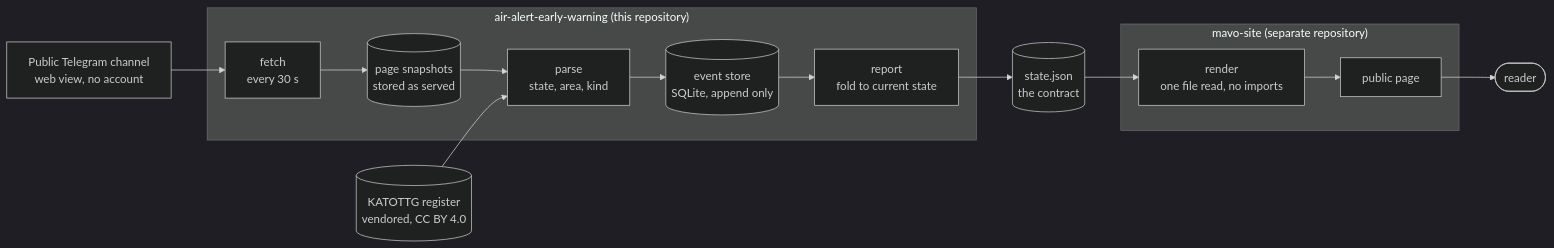
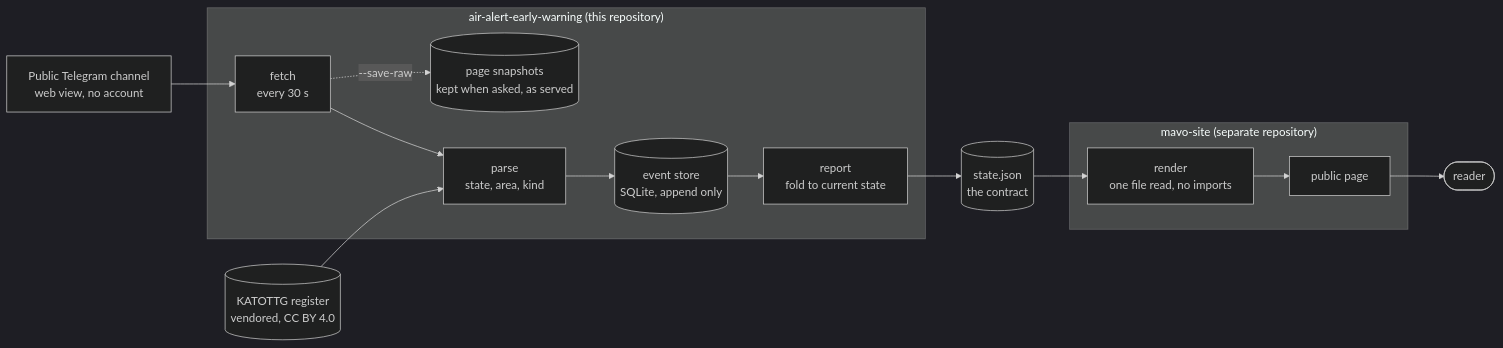
One commit to jerzy99jerzy/air-alert-early-warning changed the diagram in README.md. Above: the diagram before and after it, drawn with Mermaid (dark theme). The commit also changed other lines of this file and 9 other files, not shown here.

````diff
--- a/README.md
+++ b/README.md
@@ -198,33 +198,33 @@
 ```mermaid
 flowchart LR
     CH["Public Telegram channel<br/>web view, no account"]
     KAT[("KATOTTG register<br/>vendored, CC BY 4.0")]
 
     subgraph PROD["air-alert-early-warning (this repository)"]
         FETCH["fetch<br/>every 30 s"]
-        SNAP[("page snapshots<br/>stored as served")]
+        SNAP[("page snapshots<br/>kept when asked, as served")]
         PARSE["parse<br/>state, area, kind"]
         STORE[("event store<br/>SQLite, append only")]
         REPORT["report<br/>fold to current state"]
     end
 
     STATE[("state.json<br/>the contract")]
 
     subgraph SITE["mavo-site (separate repository)"]
         SERVE["render<br/>one file read, no imports"]
         PAGE["public page"]
     end
 
     READER(["reader"])
 
     CH --> FETCH
-    FETCH --> SNAP
-    SNAP --> PARSE
+    FETCH -.->|"--save-raw"| SNAP
+    FETCH --> PARSE
     KAT --> PARSE
     PARSE --> STORE
     STORE --> REPORT
     REPORT --> STATE
     STATE --> SERVE
     SERVE --> PAGE
     PAGE --> READER
 ```
````
